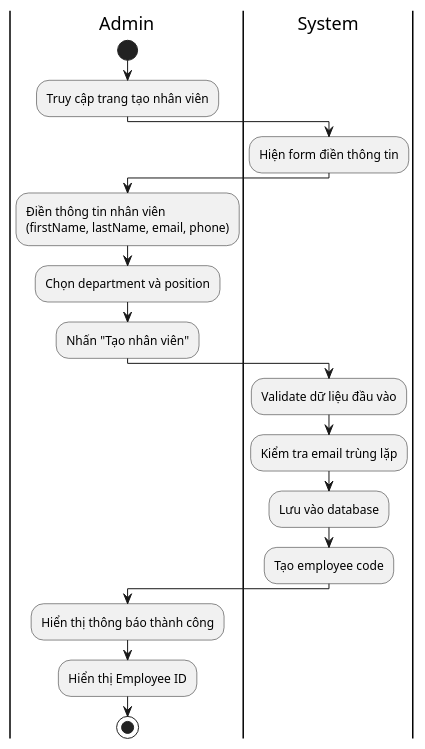
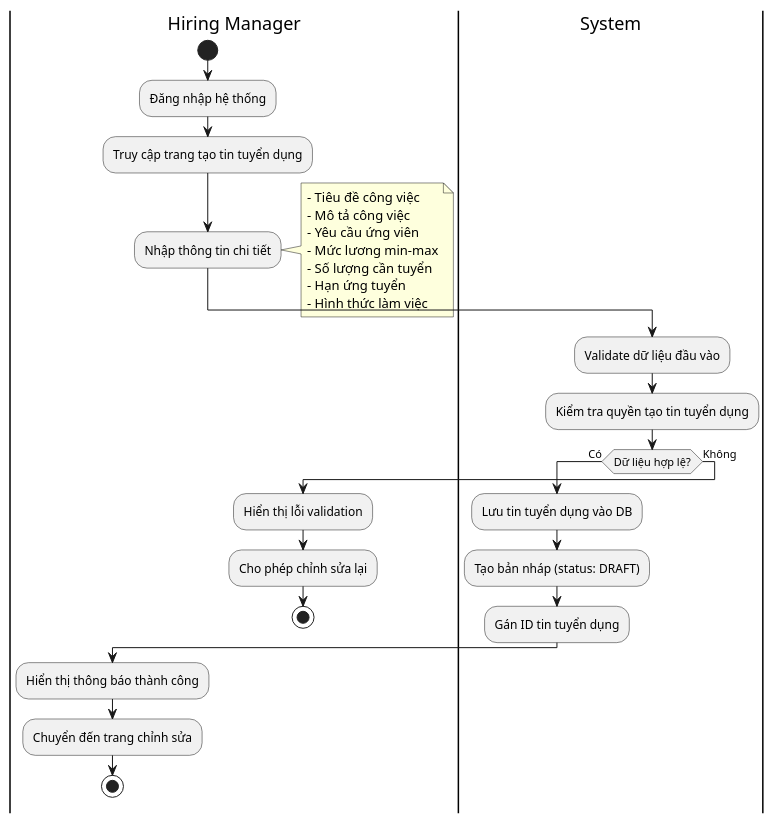
One commit to felix-253/TechLeet-server changed the diagram in sequence/UC-02/UC-02-activity-diagram.wsd. Above: the diagram before and after it, drawn with PlantUML. The commit also changed 30 other files, not shown here.

```diff
--- a/sequence/UC-02/UC-02-activity-diagram.wsd
+++ b/sequence/UC-02/UC-02-activity-diagram.wsd
@@ -1,25 +1,38 @@
-@startuml UC-02: Quản lý hồ sơ nhân viên
+@startuml UC-02: Tạo tin tuyển dụng thủ công
 
-|Admin|
+|Hiring Manager|
 start
-:Truy cập trang tạo nhân viên;
-|System|
-:Hiện form điền thông tin;
-
-|Admin|
-:Điền thông tin nhân viên\n(firstName, lastName, email, phone);
-:Chọn department và position;
-:Nhấn "Tạo nhân viên";
+:Đăng nhập hệ thống;
+:Truy cập trang tạo tin tuyển dụng;
+:Nhập thông tin chi tiết;
+note right
+  - Tiêu đề công việc
+  - Mô tả công việc
+  - Yêu cầu ứng viên
+  - Mức lương min-max
+  - Số lượng cần tuyển
+  - Hạn ứng tuyển
+  - Hình thức làm việc
+end note
 
 |System|
 :Validate dữ liệu đầu vào;
-:Kiểm tra email trùng lặp;
-:Lưu vào database;
-:Tạo employee code;
+:Kiểm tra quyền tạo tin tuyển dụng;
 
-|Admin|
-:Hiển thị thông báo thành công;
-:Hiển thị Employee ID;
-stop
+if (Dữ liệu hợp lệ?) then (Có)
+  :Lưu tin tuyển dụng vào DB;
+  :Tạo bản nháp (status: DRAFT);
+  :Gán ID tin tuyển dụng;
+  
+  |Hiring Manager|
+  :Hiển thị thông báo thành công;
+  :Chuyển đến trang chỉnh sửa;
+  stop
+else (Không)
+  |Hiring Manager|
+  :Hiển thị lỗi validation;
+  :Cho phép chỉnh sửa lại;
+  stop
+endif
 
 @enduml
```
